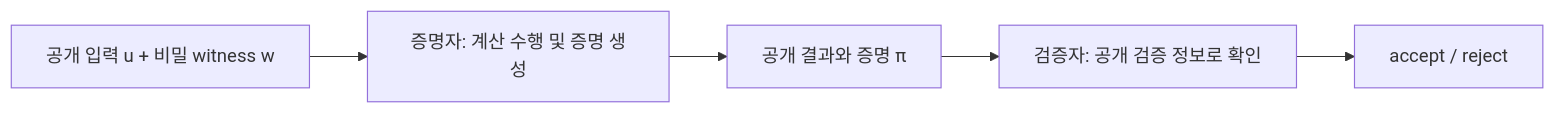
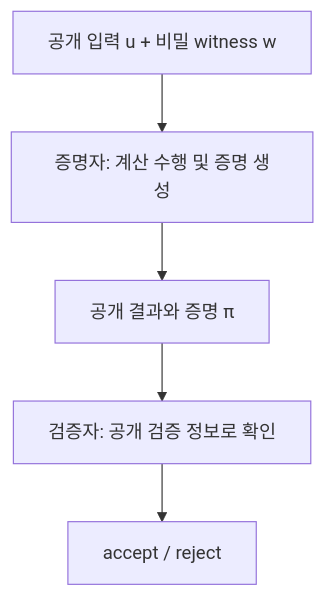
Before and after one commit to noir1458/noir1458.github.io: the first of 4 diagrams in content/posts/02.Security/ai_security/ai-security-introduction-to-snark/index.md, drawn with Mermaid. The commit also changed other lines of this file and 14 other files, not shown here.

Commit message:
feat: improve diagram readability and CV print control

````diff
--- a/content/posts/02.Security/ai_security/ai-security-introduction-to-snark/index.md
+++ b/content/posts/02.Security/ai_security/ai-security-introduction-to-snark/index.md
@@ -31,7 +31,7 @@
 ```mermaid
-flowchart LR
+flowchart TD
     A["공개 입력 u + 비밀 witness w"] --> P["증명자: 계산 수행 및 증명 생성"]
     P --> B["공개 결과와 증명 π"]
     B --> V["검증자: 공개 검증 정보로 확인"]
     V --> R["accept / reject"]
 ```
````
